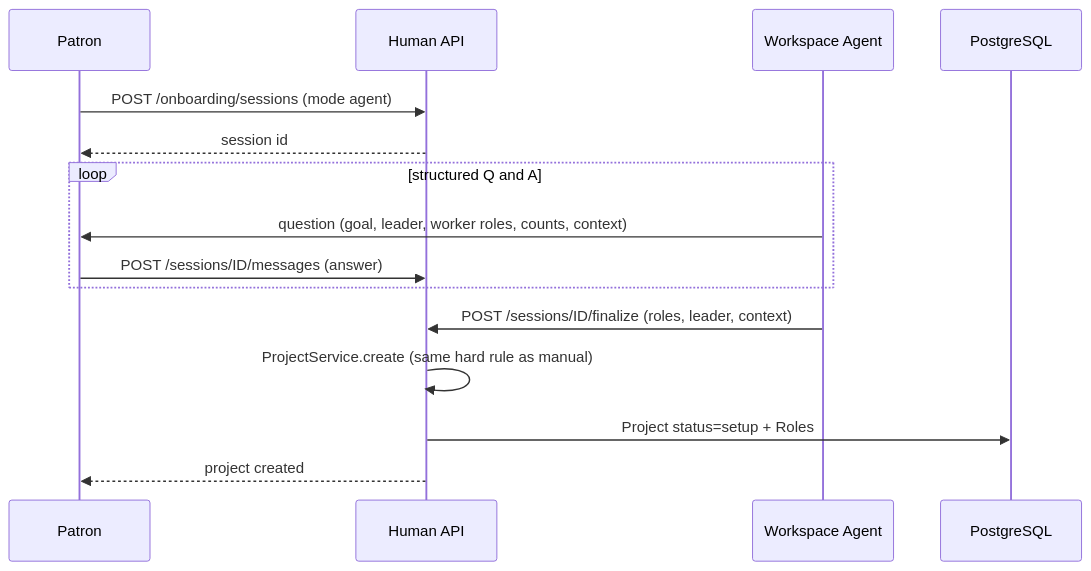
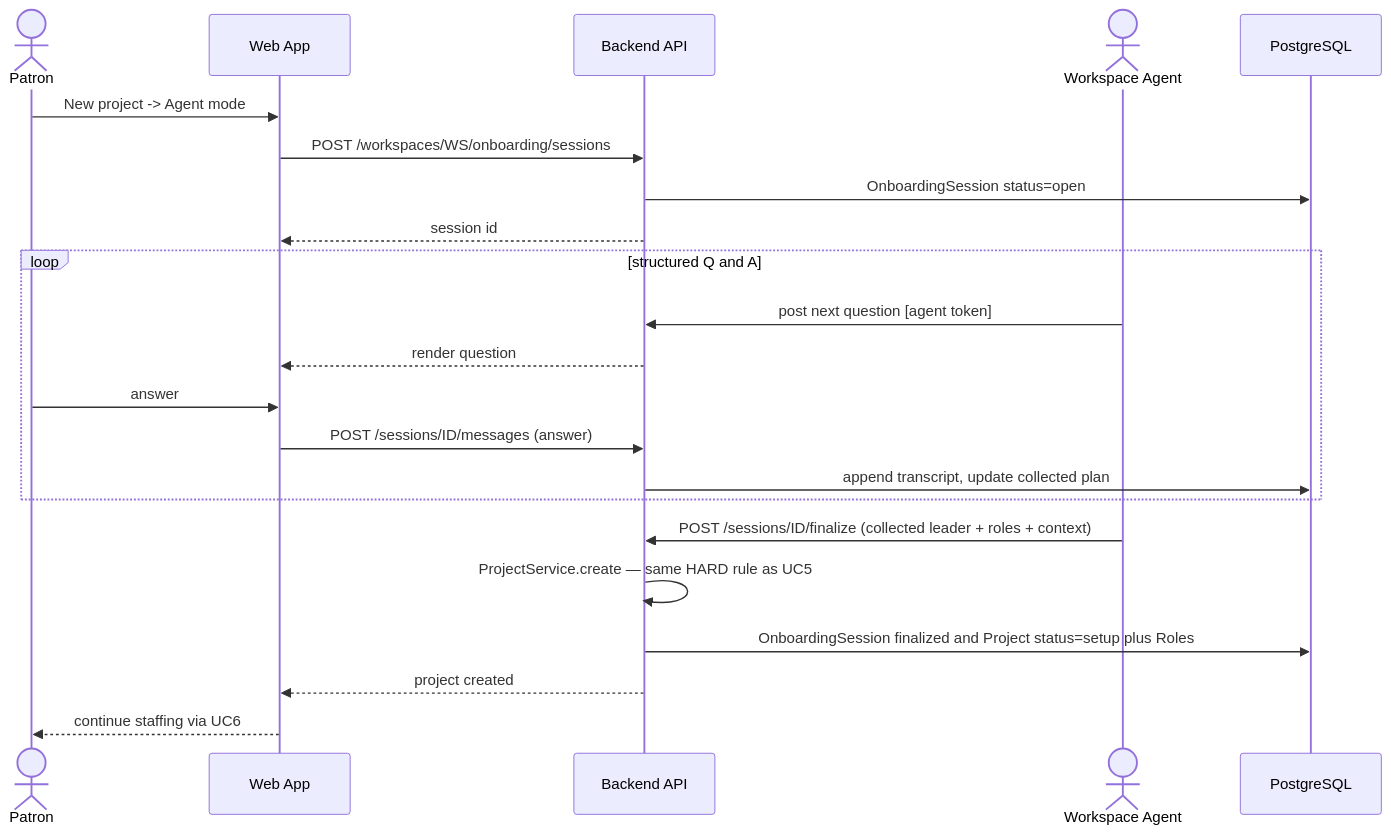
Diagram 13 of 15 in docs/ARCHITECTURE.md (gnust-company/A.R.MARIUS), drawn with Mermaid before and after one commit. The commit also changed other lines of this file, not shown here.

First line of the commit message:
docs(architecture): rewrite use cases in full detail + Web App rename

````diff
--- a/docs/ARCHITECTURE.md
+++ b/docs/ARCHITECTURE.md
@@ -358,18 +624,25 @@
 ```mermaid
 sequenceDiagram
-  participant P as Patron
-  participant API as Human API
-  participant WA as Workspace Agent
+  actor P as Patron
+  participant WEB as Web App
+  participant API as Backend API
+  actor WA as Workspace Agent
   participant DB as PostgreSQL
 
-  P->>API: POST /onboarding/sessions (mode agent)
-  API-->>P: session id
+  P->>WEB: New project -> Agent mode
+  WEB->>API: POST /workspaces/WS/onboarding/sessions
+  API->>DB: OnboardingSession status=open
+  API-->>WEB: session id
   loop structured Q and A
-    WA->>P: question (goal, leader, worker roles, counts, context)
-    P->>API: POST /sessions/ID/messages (answer)
+    WA->>API: post next question [agent token]
+    API-->>WEB: render question
+    P->>WEB: answer
+    WEB->>API: POST /sessions/ID/messages (answer)
+    API->>DB: append transcript, update collected plan
   end
-  WA->>API: POST /sessions/ID/finalize (roles, leader, context)
-  API->>API: ProjectService.create (same hard rule as manual)
-  API->>DB: Project status=setup + Roles
-  API-->>P: project created
+  WA->>API: POST /sessions/ID/finalize (collected leader + roles + context)
+  API->>API: ProjectService.create — same HARD rule as UC5
+  API->>DB: OnboardingSession finalized and Project status=setup plus Roles
+  API-->>WEB: project created
+  WEB-->>P: continue staffing via UC6
 ```
````
